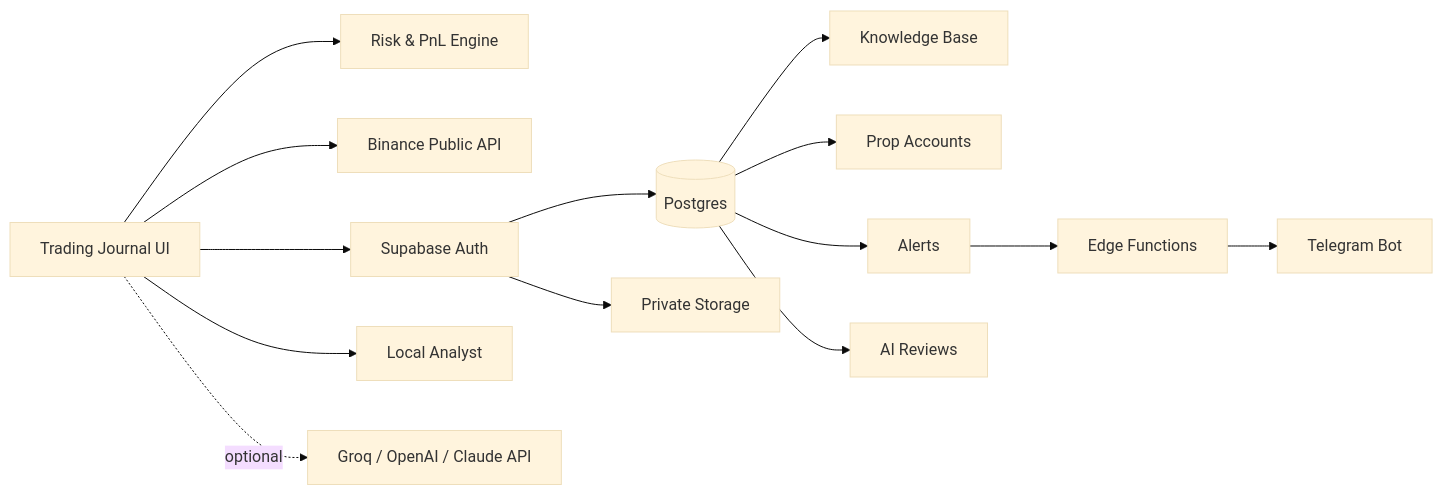
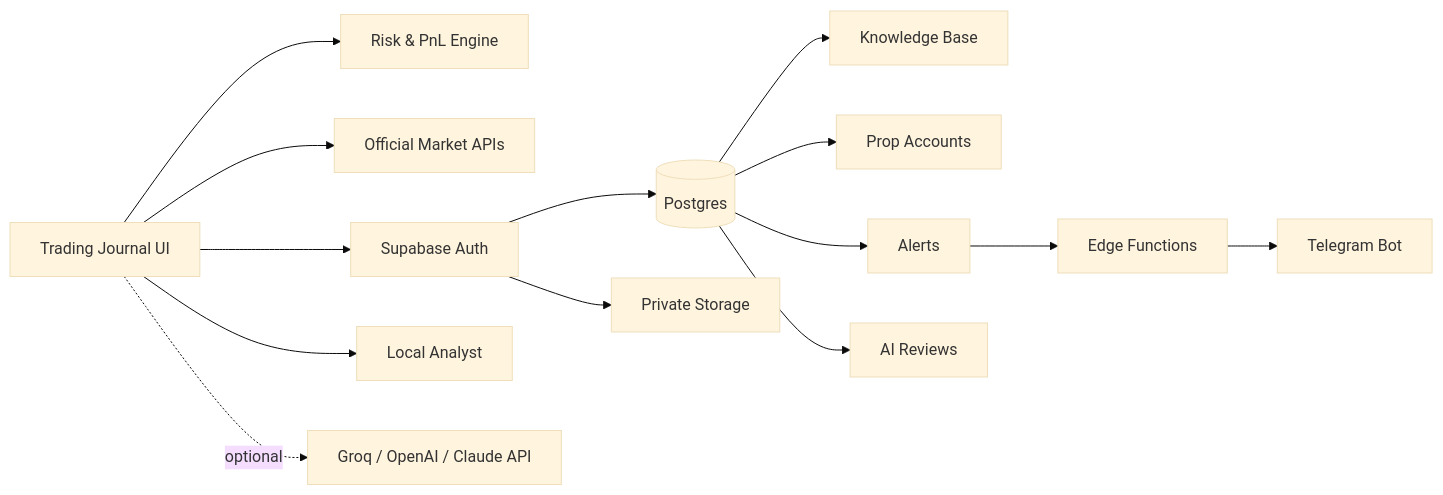
One commit to tetiana-a/ai-trading-journal changed the diagram in README.md. Above: the diagram before and after it, drawn with Mermaid (base theme). The commit also changed other lines of this file and 16 other files, not shown here.

First line of the commit message:
Add official market connectors and broker import layer (#10)

````diff
--- a/README.md
+++ b/README.md
@@ -89,20 +91,20 @@
 ```mermaid
 flowchart LR
     A[Trading Journal UI] --> B[Risk & PnL Engine]
-    A --> C[Binance Public API]
+    A --> C[Official Market APIs]
     A --> D[Supabase Auth]
 
     D --> E[(Postgres)]
     D --> F[Private Storage]
 
     E --> G[Knowledge Base]
     E --> H[Prop Accounts]
     E --> I[Alerts]
     E --> J[AI Reviews]
 
     I --> K[Edge Functions]
     K --> L[Telegram Bot]
 
     A --> M[Local Analyst]
     A -. optional .-> N[Groq / OpenAI / Claude API]
 ```
````
